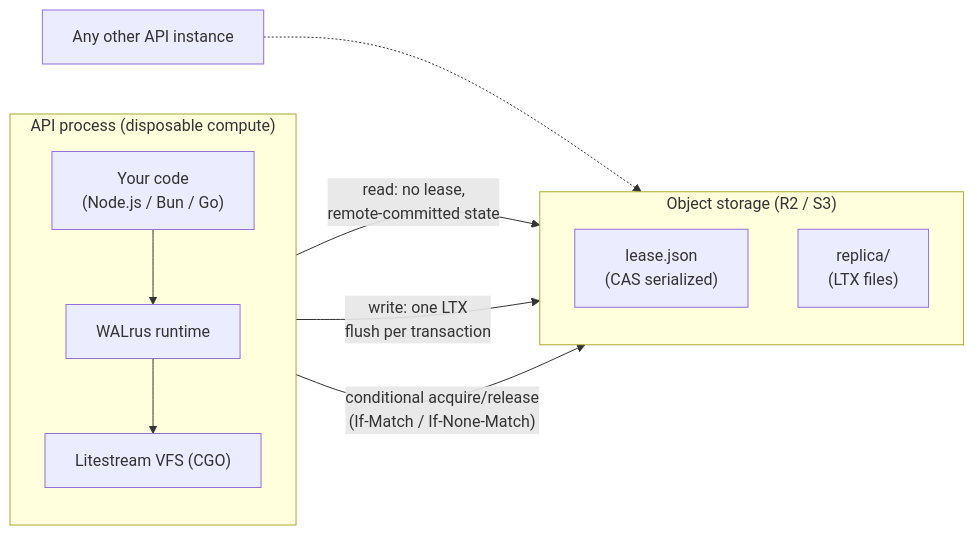
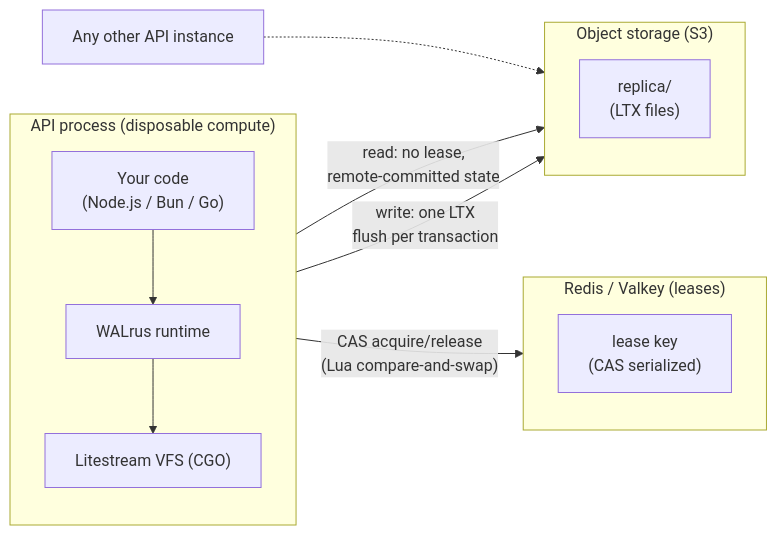
Before and after one commit to kush-js/walrusd: the first of 2 diagrams in README.md, drawn with Mermaid. The commit also changed other lines of this file and 25 other files, not shown here.

Commit message:
refactor: move lease storage from object storage to Redis or Valkey

````diff
--- a/README.md
+++ b/README.md
@@ -25,20 +26,24 @@
 ```mermaid
 flowchart LR
     subgraph API["API process (disposable compute)"]
         direction TB
         JS["Your code\n(Node.js / Bun / Go)"] --> RT["WALrus runtime"]
         RT --> LF["Litestream VFS (CGO)"]
     end
 
-    subgraph OS["Object storage (R2 / S3)"]
+    subgraph RED["Redis / Valkey (leases)"]
         direction TB
-        L["lease.json\n(CAS serialized)"]
+        L["lease key\n(CAS serialized)"]
+    end
+
+    subgraph OS["Object storage (S3)"]
+        direction TB
         R["replica/\n(LTX files)"]
     end
 
     LF -- "read: no lease,\nremote-committed state" --> R
     LF -- "write: one LTX\nflush per transaction" --> R
-    RT -- "conditional acquire/release\n(If-Match / If-None-Match)" --> L
+    RT -- "CAS acquire/release\n(Lua compare-and-swap)" --> L
 
     API2["Any other API instance"] -.-> OS
 ```
````
